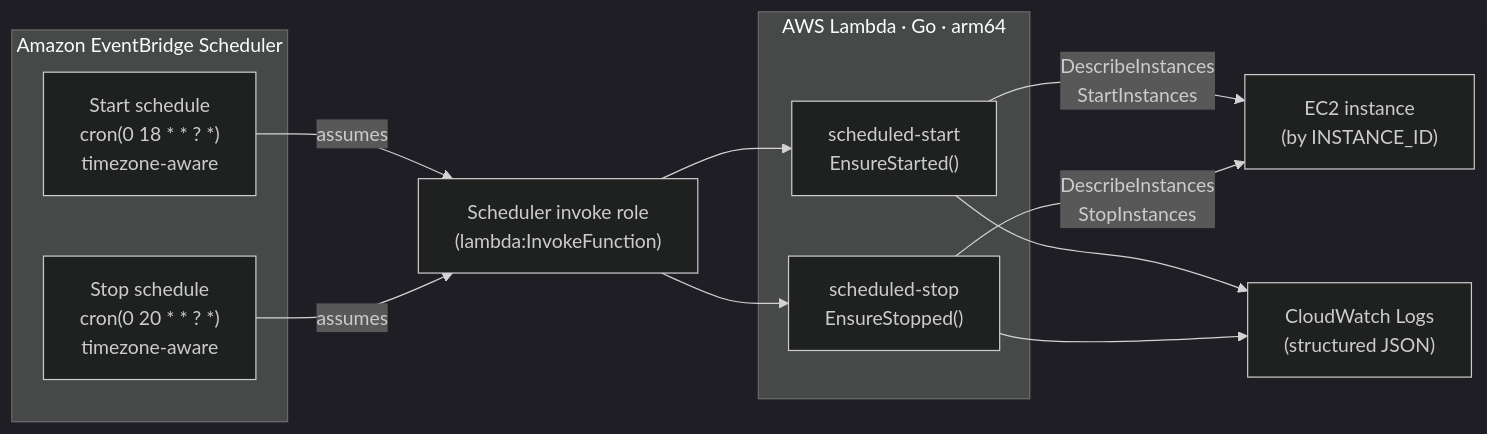
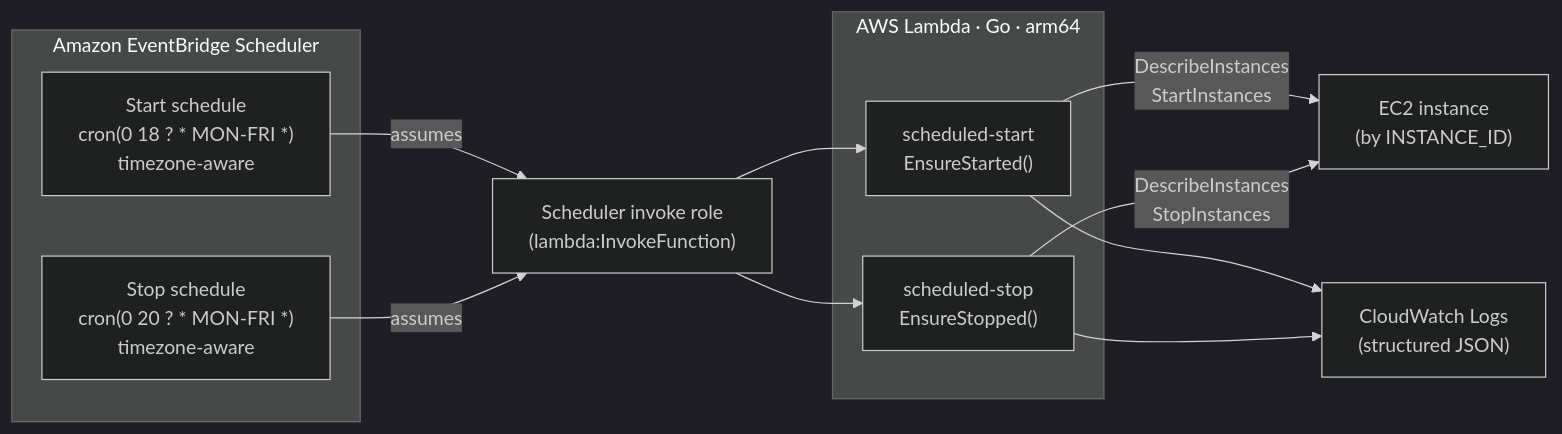
Before and after one commit to teddynted/ai-github-repository-blog-generator: the diagram in docs/scheduling.md, drawn with Mermaid (dark theme). The commit also changed other lines of this file and 48 other files, not shown here.

````diff
--- a/docs/scheduling.md
+++ b/docs/scheduling.md
@@ -16,24 +18,24 @@
 ```mermaid
 flowchart LR
   subgraph EB[Amazon EventBridge Scheduler]
-    S1["Start schedule<br/>cron(0 18 * * ? *)<br/>timezone-aware"]
-    S2["Stop schedule<br/>cron(0 20 * * ? *)<br/>timezone-aware"]
+    S1["Start schedule<br/>cron(0 18 ? * MON-FRI *)<br/>timezone-aware"]
+    S2["Stop schedule<br/>cron(0 20 ? * MON-FRI *)<br/>timezone-aware"]
   end
 
   R["Scheduler invoke role<br/>(lambda:InvokeFunction)"]
 
   subgraph L[AWS Lambda · Go · arm64]
     LS["scheduled-start<br/>EnsureStarted()"]
     LT["scheduled-stop<br/>EnsureStopped()"]
   end
 
   EC2["EC2 instance<br/>(by INSTANCE_ID)"]
   CW["CloudWatch Logs<br/>(structured JSON)"]
 
   S1 -->|assumes| R --> LS
   S2 -->|assumes| R --> LT
   LS -->|DescribeInstances<br/>StartInstances| EC2
   LT -->|DescribeInstances<br/>StopInstances| EC2
   LS --> CW
   LT --> CW
 ```
````
